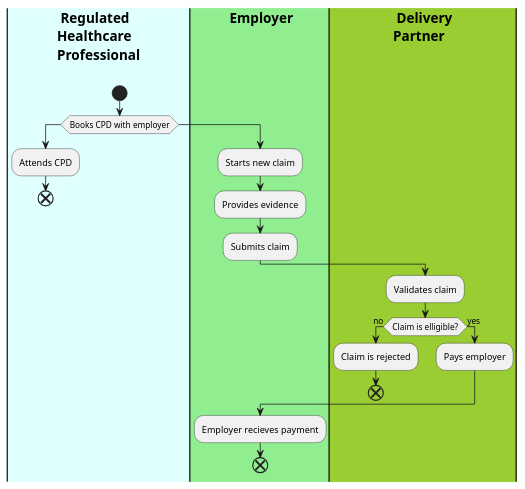
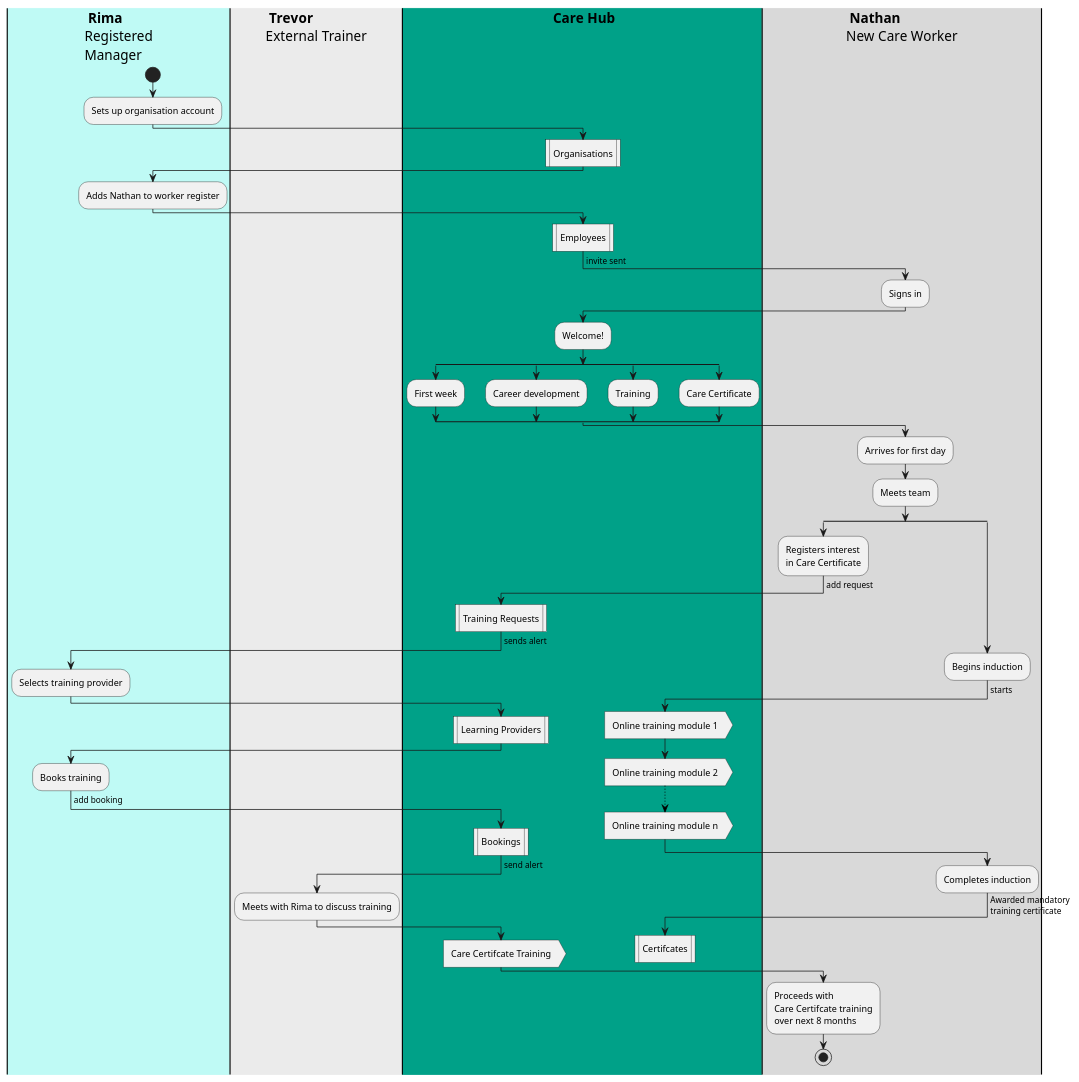
Before and after one commit to nhsx/dt-public: the diagram in adult-social-care-workforce/ascw-cpd-funding-process.puml, drawn with PlantUML. The commit also changed 4 other files, not shown here.

Commit message:
Update file(s) "/." from "nhsx/dt-architecture"

```diff
--- a/adult-social-care-workforce/ascw-cpd-funding-process.puml
+++ b/adult-social-care-workforce/ascw-cpd-funding-process.puml
@@ -1,30 +1,72 @@
-@startuml
-|#LightCyan|S1| <b>Regulated\n<b>Healthcare\n<b>Professional\n 
-|#LightGreen|S2| <b>Employer 
-|#YellowGreen|S3| <b>Delivery\n<b>Partner 
+@startuml ccv2-user-journey
+|#BFFAF5|S1| <b>Rima\nRegistered\nManager 
+|#EBEBEB|S4| <b>Trevor\nExternal Trainer
+|#00A188|S2| <b>Care Hub
+|#D9D9D9|S3| <b>Nathan\nNew Care Worker
 |S1|
 start
-if (Books CPD with employer) then
-  :Attends CPD;
-  end
-else
+:Sets up organisation account;
+|S2|
+:Organisations|
+|S1|
+:Adds Nathan to worker register;
+|S2|
+:Employees|
+|S3|
+-> invite sent;
+:Signs in; 
+|S2|
+:Welcome!;
+split
+   :First week;
+split again
+   :Career development;
+split again
+   :Training;
+split again
+   :Care Certificate;
+end split
+|S3|
+:Arrives for first day;
+:Meets team;
+split
+  :Registers interest\nin Care Certificate;
   |S2|
-  :Starts new claim;
-  :Provides evidence;
-  :Submits claim;
+  -> add request;
+  :Training Requests|
+  -> sends alert;
+  |S1|
+  :Selects training provider;
+  |S2|
+  :Learning Providers|
+  |S1|
+  :Books training;
+  |S2|
+  -> add booking;
+  :Bookings|
+  |S4|
+  -> send alert;
+  :Meets with Rima to discuss training;
+  |S2|
+  :Care Certifcate Training>
   |S3|
-  :Validates claim;
-  if (Claim is elligible?) then (no)
-      :Claim is rejected;
-      
-    end
-
-  else (yes)
-    :Pays employer;
-  endif
+  :Proceeds with\nCare Certifcate training\nover next 8 months;
+  stop
+split again
+  |S3|
+  :Begins induction;
   |S2|
-  :Employer recieves payment;
-  end  
-endif
+  -> starts;
+  :Online training module 1>
+  :Online training module 2>
+  -[#black,dotted]->;
+  :Online training module n>
+  |S3|
+  :Completes induction;
+  -> Awarded mandatory\ntraining certificate;
+  |S2|
+  :Certifcates|
+  kill
+end split
 
 @enduml
```
